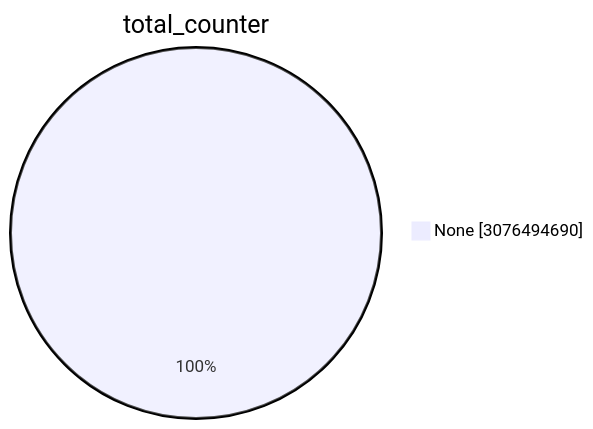
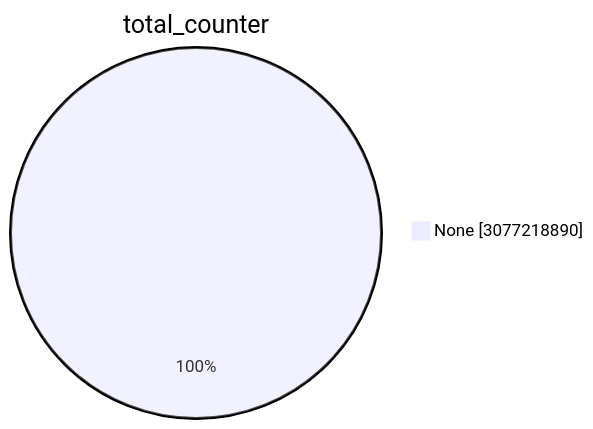
Before and after one commit to christiankrug/ctmonitor_visualization: the first of 15 diagrams in TOTAL/README.md, drawn with Mermaid. The commit also changed other lines of this file, not shown here.

````diff
--- a/TOTAL/README.md
+++ b/TOTAL/README.md
@@ -1,5 +1,5 @@
 ```mermaid
 pie showData
 title total_counter
-"None" :3076494690
+"None" :3077218890
 ```
````
